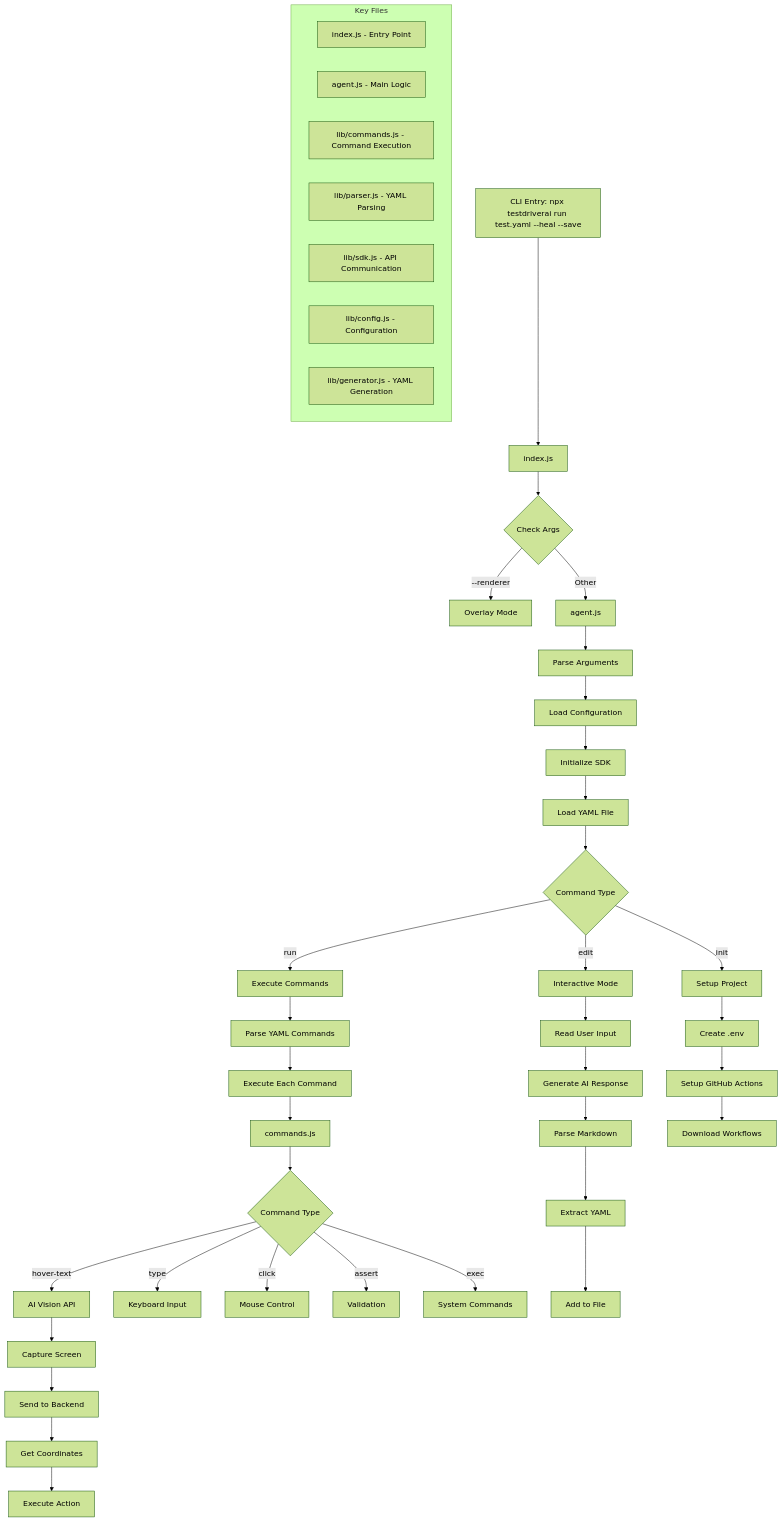
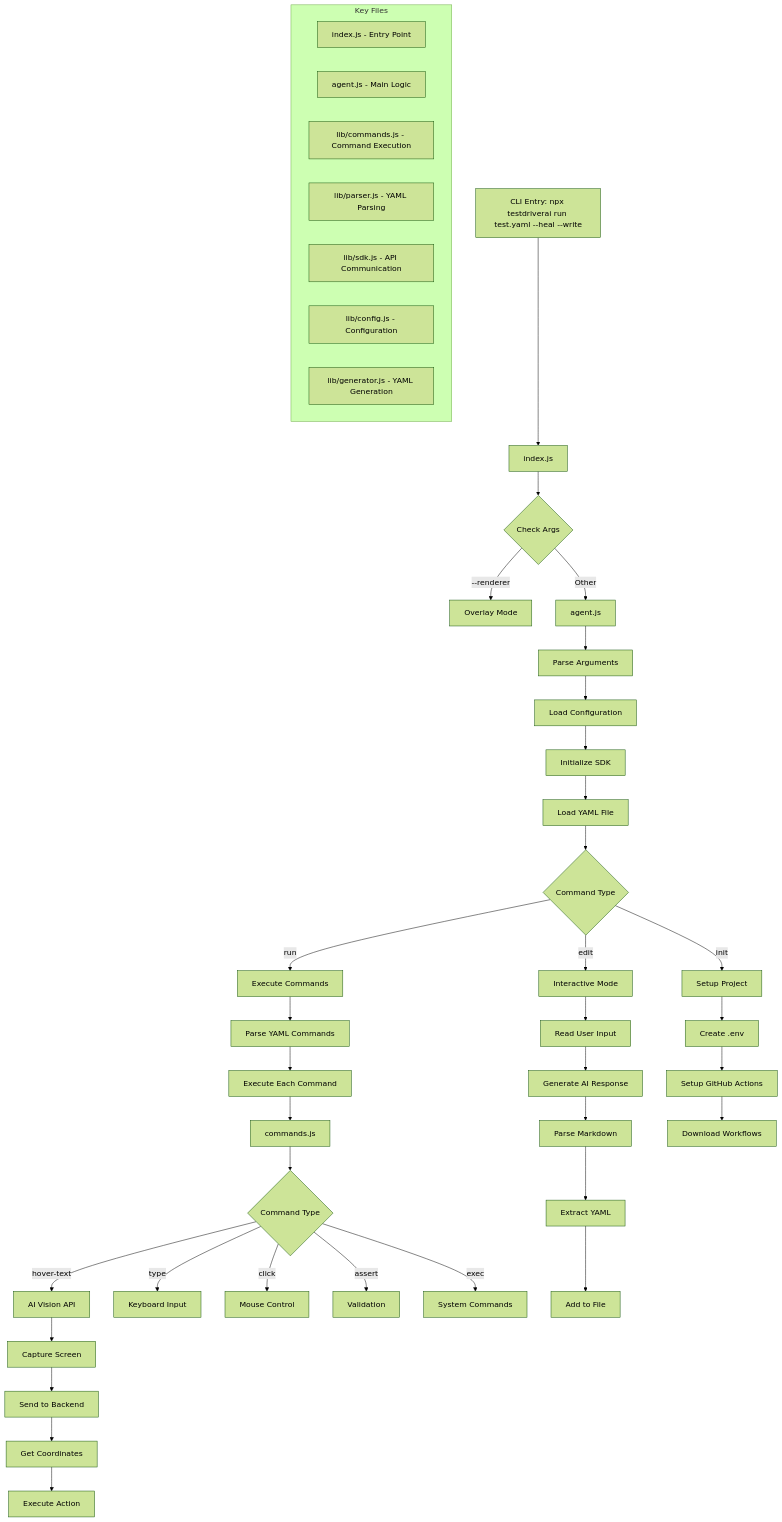
The first of 2 diagrams in CONTRIBUTING.md (testdriverai/testdriverai), drawn with Mermaid (forest theme) before and after one commit. The commit also changed 34 other files, not shown here.

````diff
--- a/CONTRIBUTING.md
+++ b/CONTRIBUTING.md
@@ -24,53 +24,53 @@
 ```mermaid
 graph TD
-    A[CLI Entry: npx testdriverai run test.yaml --heal --save] --> B[index.js]
+    A[CLI Entry: npx testdriverai run test.yaml --heal --write] --> B[index.js]
     B --> C{Check Args}
     C -->|--renderer| D[Overlay Mode]
     C -->|Other| E[agent.js]
 
     E --> F[Parse Arguments]
     F --> G[Load Configuration]
     G --> H[Initialize SDK]
     H --> I[Load YAML File]
 
     I --> J{Command Type}
     J -->|run| K[Execute Commands]
     J -->|edit| L[Interactive Mode]
     J -->|init| M[Setup Project]
 
     K --> N[Parse YAML Commands]
     N --> O[Execute Each Command]
     O --> P[commands.js]
 
     P --> Q{Command Type}
     Q -->|hover-text| R[AI Vision API]
     Q -->|type| S[Keyboard Input]
     Q -->|click| T[Mouse Control]
     Q -->|assert| U[Validation]
     Q -->|exec| V[System Commands]
 
     R --> W[Capture Screen]
     W --> X[Send to Backend]
     X --> Y[Get Coordinates]
     Y --> Z[Execute Action]
 
     L --> AA[Read User Input]
     AA --> BB[Generate AI Response]
     BB --> CC[Parse Markdown]
     CC --> DD[Extract YAML]
     DD --> EE[Add to File]
 
     M --> FF[Create .env]
     FF --> GG[Setup GitHub Actions]
     GG --> HH[Download Workflows]
 
     subgraph "Key Files"
         II[index.js - Entry Point]
         JJ[agent.js - Main Logic]
         KK[lib/commands.js - Command Execution]
         LL[lib/parser.js - YAML Parsing]
         MM[lib/sdk.js - API Communication]
         NN[lib/config.js - Configuration]
         OO[lib/generator.js - YAML Generation]
     end
 ```
````
